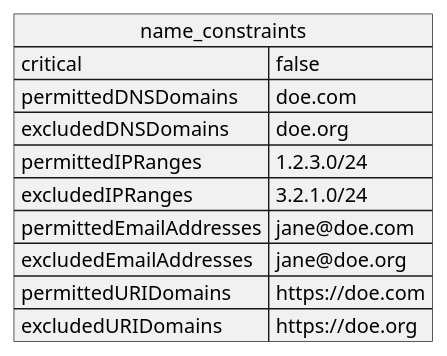
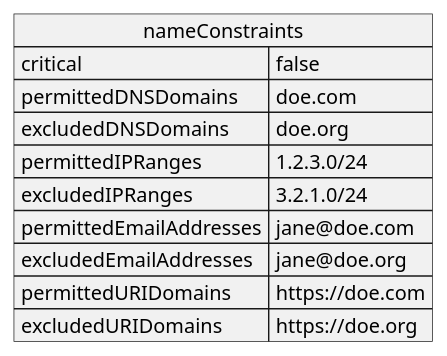
One commit to dcunited001/zettelkasten changed the fifth of 5 diagrams in slips/20250331050449-smallstep_ca_policy_and_provisioner_configuration.org. Above: the diagram before and after it, drawn with PlantUML. The commit also changed other lines of this file and 9 other files, not shown here.

```diff
--- a/slips/20250331050449-smallstep_ca_policy_and_provisioner_configuration.org
+++ b/slips/20250331050449-smallstep_ca_policy_and_provisioner_configuration.org
@@ -91,13 +434,13 @@
 #+begin_src plantuml :noweb-ref x509NameConstraints
-json name_constraints {
+json nameConstraints {
   "critical": false,
   "permittedDNSDomains": ["doe.com"],
   "excludedDNSDomains": ["doe.org"],
   "permittedIPRanges": ["1.2.3.0/24"],
   "excludedIPRanges": ["3.2.1.0/24"],
   "permittedEmailAddresses": ["jane@doe.com"],
   "excludedEmailAddresses": ["jane@doe.org"],
   "permittedURIDomains": ["https://doe.com"],
   "excludedURIDomains": ["https://doe.org"]
 }
 #+end_src
```
